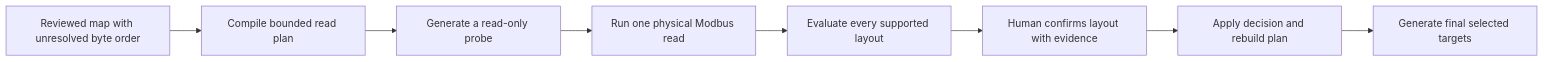
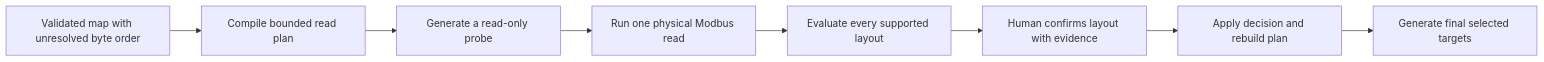
The diagram in README.md (studioxvii/modbus-skills), drawn with Mermaid before and after one commit. The commit also changed other lines of this file and 35 other files, not shown here.

````diff
--- a/README.md
+++ b/README.md
@@ -102,10 +109,10 @@
 ```mermaid
 flowchart LR
-    A["Reviewed map with unresolved byte order"] --> B["Compile bounded read plan"]
+    A["Validated map with unresolved byte order"] --> B["Compile bounded read plan"]
     B --> C["Generate a read-only probe"]
     C --> D["Run one physical Modbus read"]
     D --> E["Evaluate every supported layout"]
     E --> F["Human confirms layout with evidence"]
     F --> G["Apply decision and rebuild plan"]
     G --> H["Generate final selected targets"]
 ```
````
